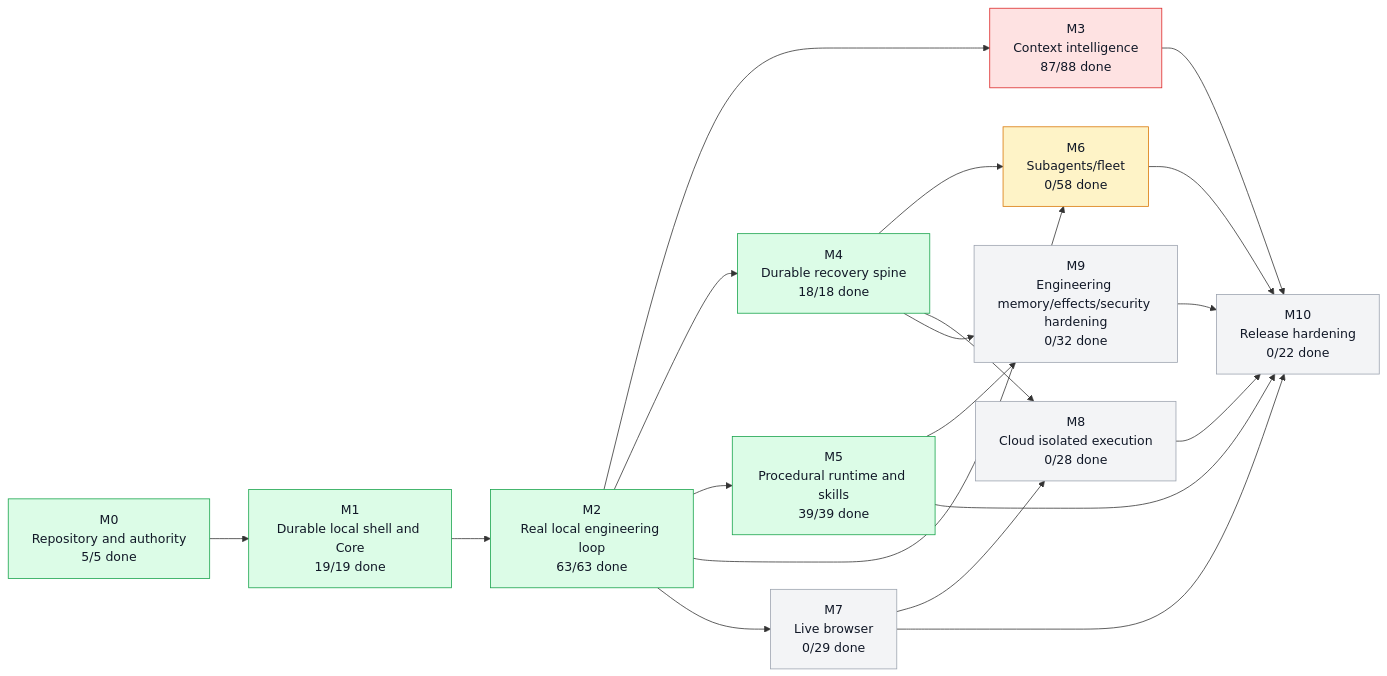
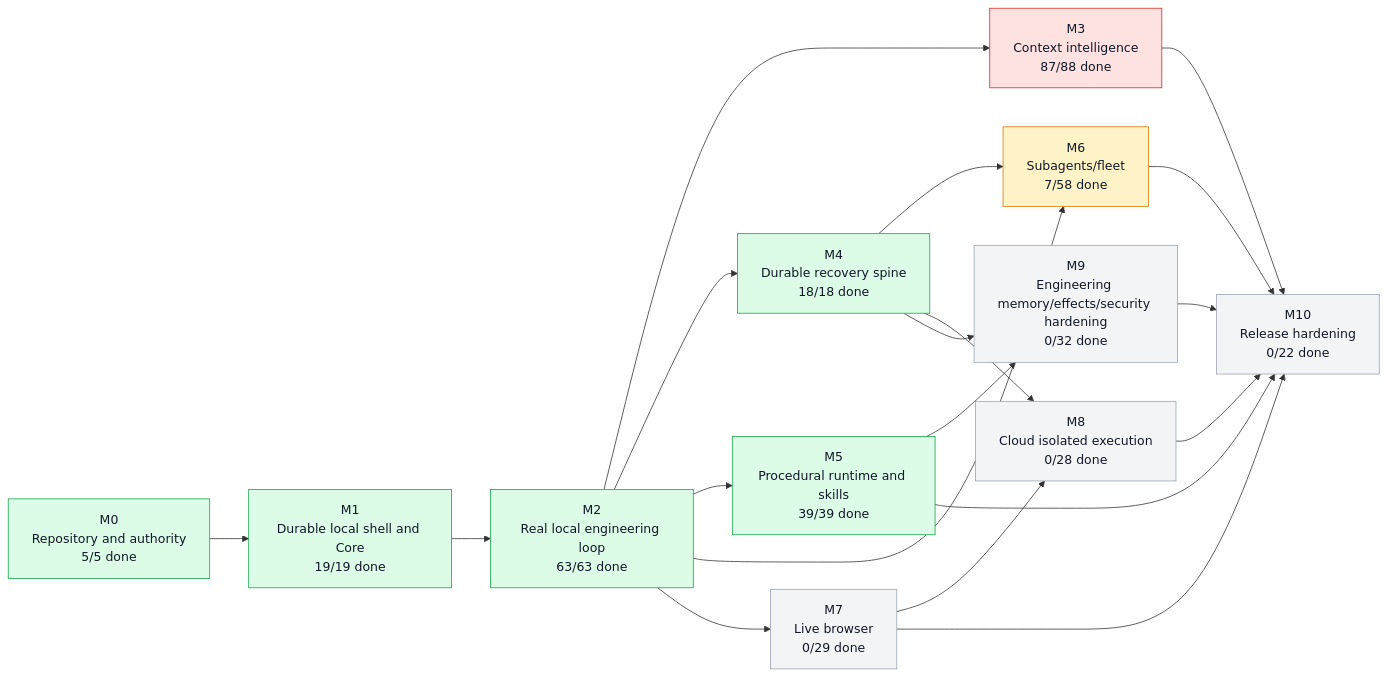
The first of 5 diagrams in graph/PROJECT_GRAPH.md (moss101/modbit), drawn with Mermaid before and after one commit. The commit also changed other lines of this file and 18 other files, not shown here.

````diff
--- a/graph/PROJECT_GRAPH.md
+++ b/graph/PROJECT_GRAPH.md
@@ -57,43 +57,43 @@
 ```mermaid
 flowchart LR
   M0["M0<br/>Repository and authority<br/>5/5 done"]
   M1["M1<br/>Durable local shell and Core<br/>19/19 done"]
   M2["M2<br/>Real local engineering loop<br/>63/63 done"]
   M3["M3<br/>Context intelligence<br/>87/88 done"]
   M4["M4<br/>Durable recovery spine<br/>18/18 done"]
   M5["M5<br/>Procedural runtime and skills<br/>39/39 done"]
-  M6["M6<br/>Subagents/fleet<br/>0/58 done"]
+  M6["M6<br/>Subagents/fleet<br/>7/58 done"]
   M7["M7<br/>Live browser<br/>0/29 done"]
   M8["M8<br/>Cloud isolated execution<br/>0/28 done"]
   M9["M9<br/>Engineering memory/effects/security hardening<br/>0/32 done"]
   M10["M10<br/>Release hardening<br/>0/22 done"]
   M0 --> M1
   M1 --> M2
   M2 --> M3
   M2 --> M4
   M2 --> M5
   M2 --> M6
   M4 --> M6
   M2 --> M7
   M4 --> M8
   M7 --> M8
   M4 --> M9
   M5 --> M9
   M3 --> M10
   M5 --> M10
   M6 --> M10
   M7 --> M10
   M8 --> M10
   M9 --> M10
   style M0 fill:#dcfce7,stroke:#16a34a,color:#111827
   style M1 fill:#dcfce7,stroke:#16a34a,color:#111827
   style M2 fill:#dcfce7,stroke:#16a34a,color:#111827
   style M3 fill:#fee2e2,stroke:#dc2626,color:#111827
   style M4 fill:#dcfce7,stroke:#16a34a,color:#111827
   style M5 fill:#dcfce7,stroke:#16a34a,color:#111827
   style M6 fill:#fef3c7,stroke:#d97706,color:#111827
   style M7 fill:#f3f4f6,stroke:#9ca3af,color:#111827
   style M8 fill:#f3f4f6,stroke:#9ca3af,color:#111827
   style M9 fill:#f3f4f6,stroke:#9ca3af,color:#111827
   style M10 fill:#f3f4f6,stroke:#9ca3af,color:#111827
 ```
````
